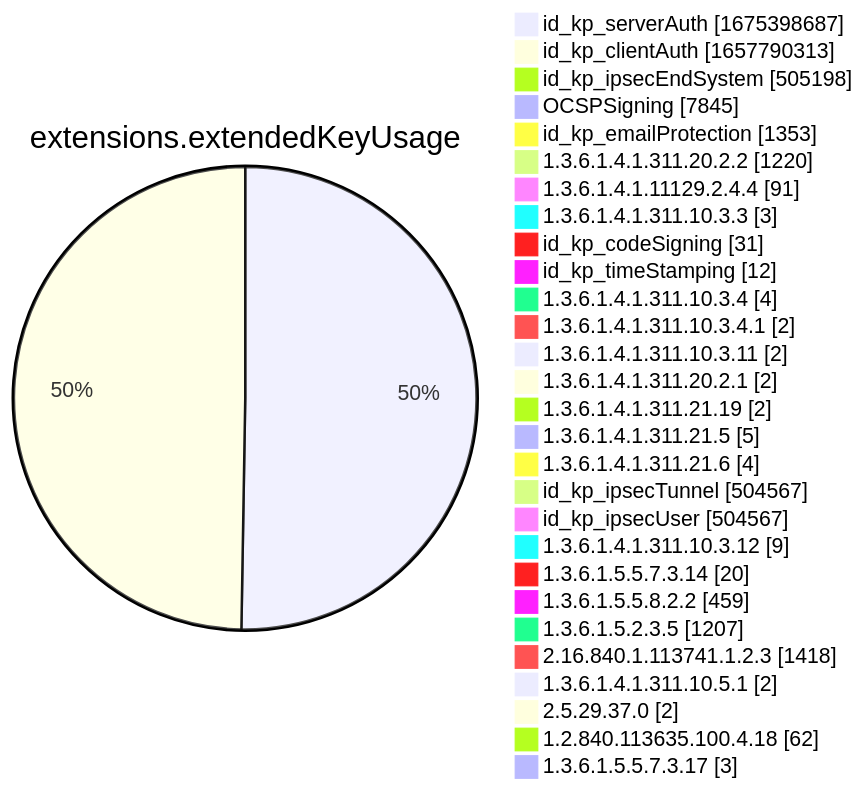
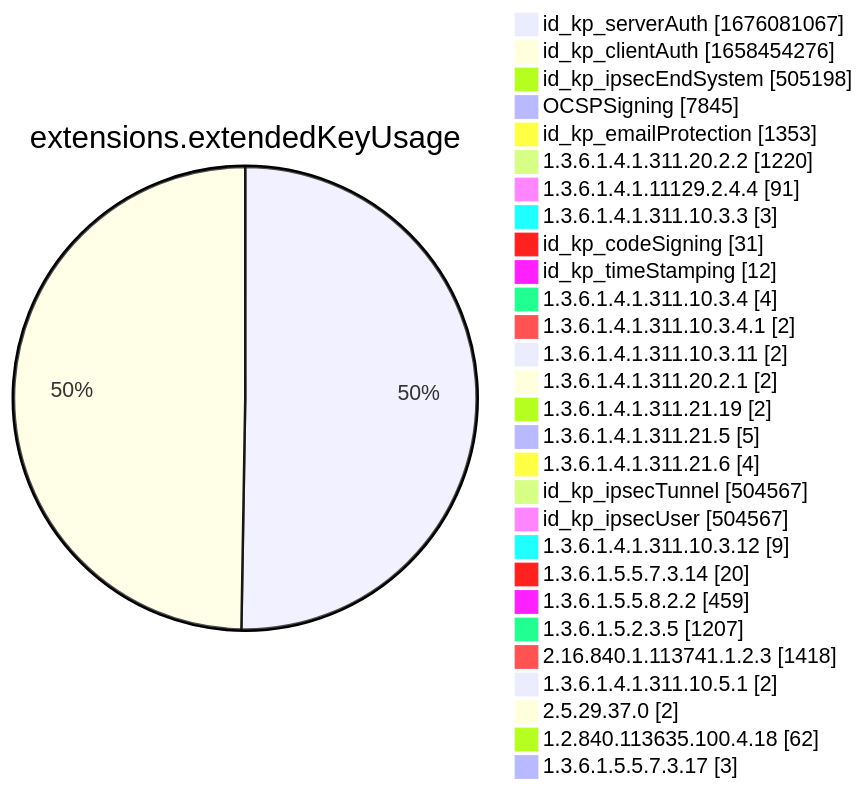
Diagram 12 of 15 in xenon2022/README.md (christiankrug/ctmonitor_visualization), drawn with Mermaid before and after one commit. The commit also changed other lines of this file, not shown here.

````diff
--- a/xenon2022/README.md
+++ b/xenon2022/README.md
@@ -3888,32 +3888,32 @@
 ```mermaid
 pie showData
 title extensions.extendedKeyUsage
-"id_kp_serverAuth" :1675398687
-"id_kp_clientAuth" :1657790313
+"id_kp_serverAuth" :1676081067
+"id_kp_clientAuth" :1658454276
 "id_kp_ipsecEndSystem" :505198
 "OCSPSigning" :7845
 "id_kp_emailProtection" :1353
 "1.3.6.1.4.1.311.20.2.2" :1220
 "1.3.6.1.4.1.11129.2.4.4" :91
 "1.3.6.1.4.1.311.10.3.3" :3
 "id_kp_codeSigning" :31
 "id_kp_timeStamping" :12
 "1.3.6.1.4.1.311.10.3.4" :4
 "1.3.6.1.4.1.311.10.3.4.1" :2
 "1.3.6.1.4.1.311.10.3.11" :2
 "1.3.6.1.4.1.311.20.2.1" :2
 "1.3.6.1.4.1.311.21.19" :2
 "1.3.6.1.4.1.311.21.5" :5
 "1.3.6.1.4.1.311.21.6" :4
 "id_kp_ipsecTunnel" :504567
 "id_kp_ipsecUser" :504567
 "1.3.6.1.4.1.311.10.3.12" :9
 "1.3.6.1.5.5.7.3.14" :20
 "1.3.6.1.5.5.8.2.2" :459
 "1.3.6.1.5.2.3.5" :1207
 "2.16.840.1.113741.1.2.3" :1418
 "1.3.6.1.4.1.311.10.5.1" :2
 "2.5.29.37.0" :2
 "1.2.840.113635.100.4.18" :62
 "1.3.6.1.5.5.7.3.17" :3
 ```
````
